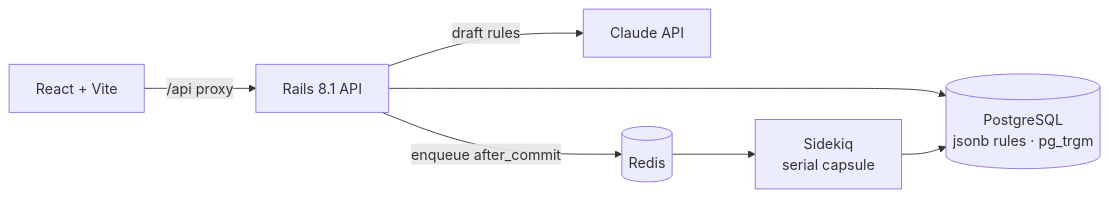
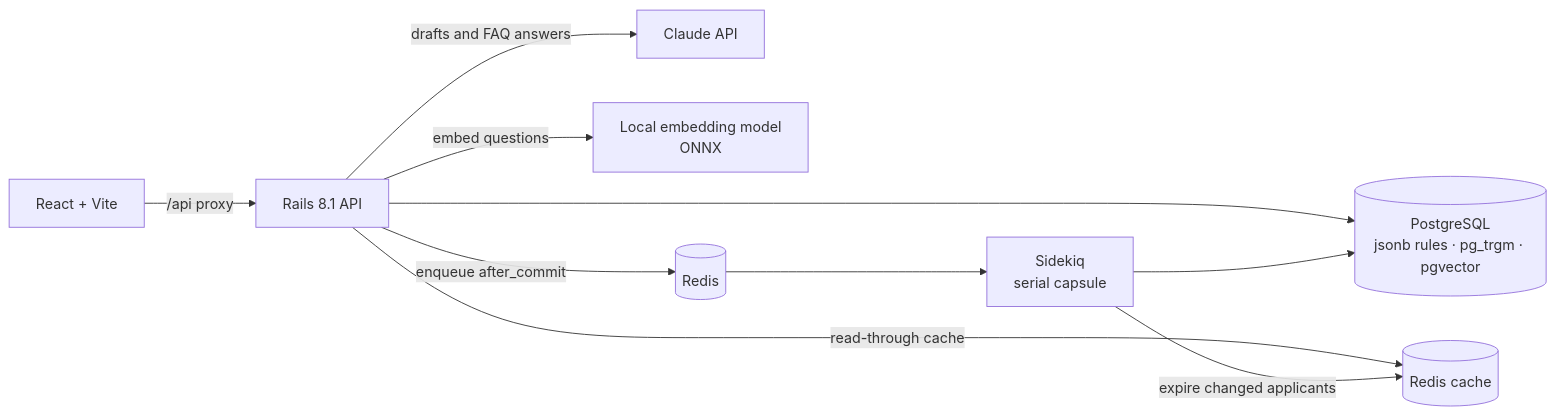
The fourth of 4 diagrams in README.md (ankurpohekar/rule-builder), drawn with Mermaid before and after one commit. The commit also changed other lines of this file and 1 other file, not shown here.

````diff
--- a/README.md
+++ b/README.md
@@ -147,9 +344,12 @@
 ```mermaid
 flowchart LR
     UI[React + Vite] -->|/api proxy| API[Rails 8.1 API]
-    API --> PG[(PostgreSQL<br/>jsonb rules · pg_trgm)]
-    API -->|draft rules| Claude[Claude API]
+    API --> PG[(PostgreSQL<br/>jsonb rules · pg_trgm · pgvector)]
+    API -->|drafts and FAQ answers| Claude[Claude API]
+    API -->|embed questions| EMB[Local embedding model<br/>ONNX]
+    API -->|read-through cache| Cache[(Redis cache)]
     API -->|enqueue after_commit| Redis[(Redis)]
     Redis --> SK[Sidekiq<br/>serial capsule]
     SK --> PG
+    SK -->|expire changed applicants| Cache
 ```
````
